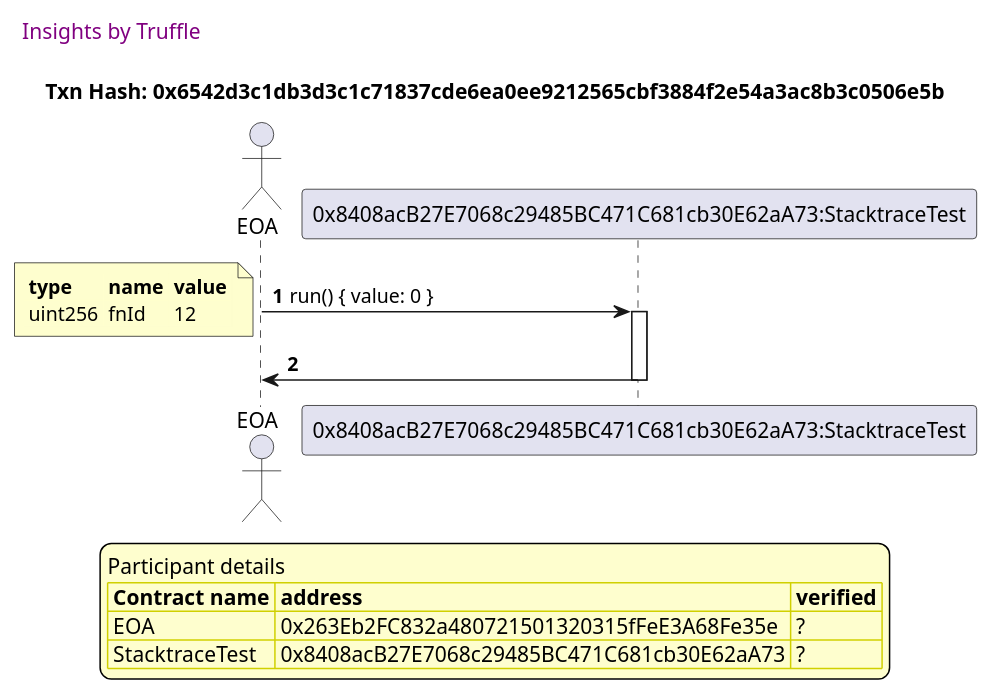
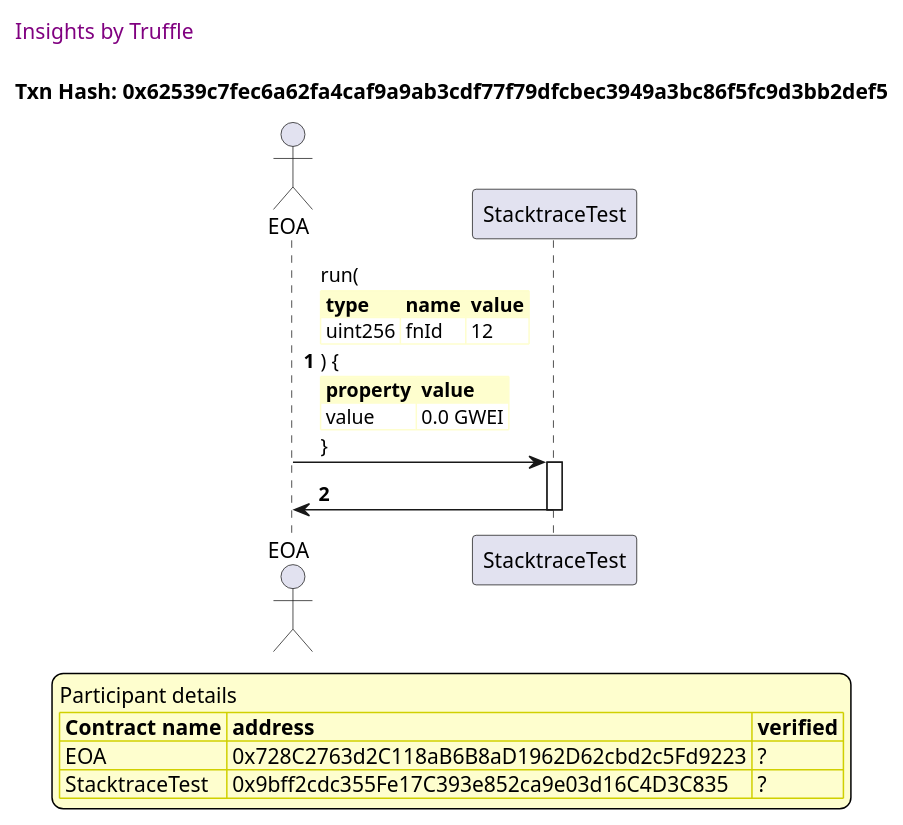
The fourth of 11 diagrams in truffle-seq/stacktrace.test.md (trufflesuite/txlog-seedlings), drawn with PlantUML before and after one commit. The commit also changed other lines of this file and 5 other files, not shown here.

````diff
--- a/truffle-seq/stacktrace.test.md
+++ b/truffle-seq/stacktrace.test.md
@@ -186,46 +200,48 @@
 ```plantuml
+
+
 @startuml
 
 autonumber
-
 skinparam legendBackgroundColor #FEFECE
 
 <style>
-
-header {
-  HorizontalAlignment left
-  FontColor purple
-  FontSize 14
-  Padding 10
-}
-
-</style>
-
+      header {
+        HorizontalAlignment left
+        FontColor purple
+        FontSize 14
+        Padding 10
+      }
+    </style>
 
 header Insights by Truffle
 
-title Txn Hash: 0x6542d3c1db3d3c1c71837cde6ea0ee9212565cbf3884f2e54a3ac8b3c0506e5b
+title Txn Hash: 0x62539c7fec6a62fa4caf9a9ab3cdf77f79dfcbec3949a3bc86f5fc9d3bb2def5
+
 
 actor EOA as "EOA"
-participant StacktraceTest_01 as "0x8408acB27E7068c29485BC471C681cb30E62aA73:StacktraceTest"
 
-EOA -> StacktraceTest_01 ++: run() { value: 0 }
-note left #FEFECE
-<#FEFECE,#FEFECE>|= type |= name |= value |
-| uint256 | fnId | 12 |
-end note
+participant StacktraceTest as "StacktraceTest"
 
-StacktraceTest_01 -> EOA --: 
+"EOA" -> "StacktraceTest" ++: run(\n\
+<#FEFECE,#FEFECE>|= type |= name |= value |\n\
+| uint256 | fnId | 12 |\n\
+) {\n\
+<#FEFECE,#FEFECE>|= property |= value|\n\
+| value | 0.0 GWEI |\n\
+}
+
+"StacktraceTest" -> "EOA" --: 
+
 
 
 legend
 Participant details
 <#FEFECE,#D0D000>|= Contract name |= address |= verified |
-<#FEFECE>| EOA | 0x263Eb2FC832a480721501320315fFeE3A68Fe35e | ? |
-<#FEFECE>| StacktraceTest | 0x8408acB27E7068c29485BC471C681cb30E62aA73 | ? |
+<#FEFECE>| EOA | 0x728C2763d2C118aB6B8aD1962D62cbd2c5Fd9223 | ? |
+<#FEFECE>| StacktraceTest | 0x9bff2cdc355Fe17C393e852ca9e03d16C4D3C835 | ? |
 endlegend
-
 
 
 @enduml
 ```
````
